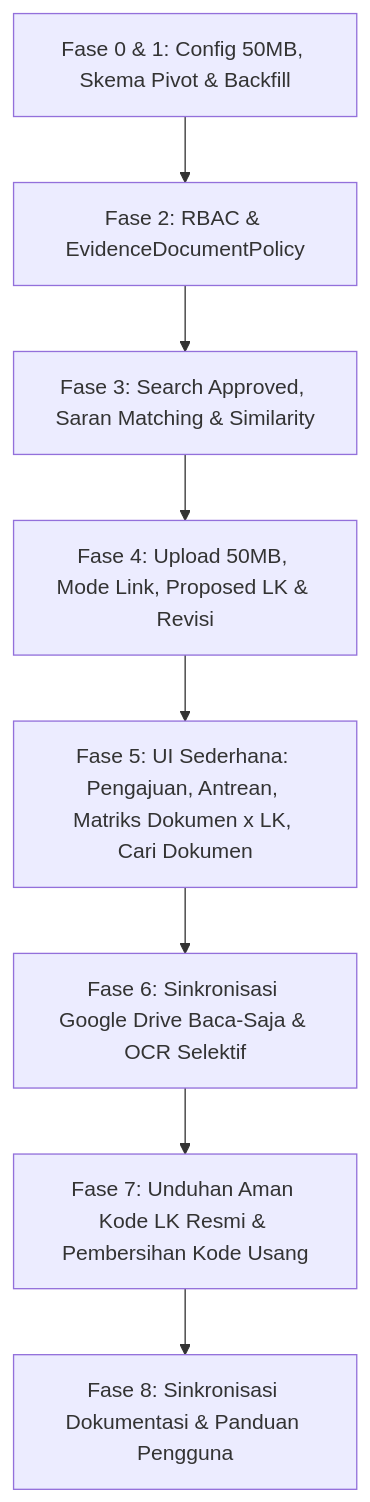
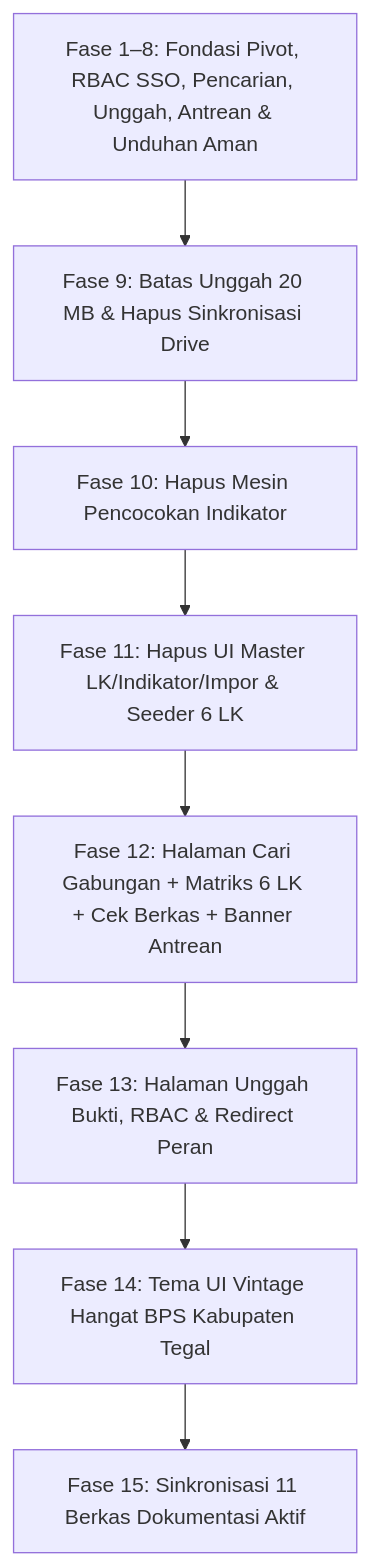
The diagram in Md/TASKS.md (Raaamaa/websinkronisasi), drawn with Mermaid before and after one commit. The commit also changed other lines of this file and 10 other files, not shown here.

Commit message:
docs(fase-15): sync all 11 active docs with final Perpustakaan Bukti Dukung architecture

````diff
--- a/Md/TASKS.md
+++ b/Md/TASKS.md
@@ -18,10 +18,10 @@
 ```mermaid
 graph TD
-    P0[Fase 0 & 1: Config 50MB, Skema Pivot & Backfill] --> P2[Fase 2: RBAC & EvidenceDocumentPolicy]
-    P2 --> P3[Fase 3: Search Approved, Saran Matching & Similarity]
-    P3 --> P4[Fase 4: Upload 50MB, Mode Link, Proposed LK & Revisi]
-    P4 --> P5[Fase 5: UI Sederhana: Pengajuan, Antrean, Matriks Dokumen x LK, Cari Dokumen]
-    P5 --> P6[Fase 6: Sinkronisasi Google Drive Baca-Saja & OCR Selektif]
-    P6 --> P7[Fase 7: Unduhan Aman Kode LK Resmi & Pembersihan Kode Usang]
-    P7 --> P8[Fase 8: Sinkronisasi Dokumentasi & Panduan Pengguna]
+    P1[Fase 1–8: Fondasi Pivot, RBAC SSO, Pencarian, Unggah, Antrean & Unduhan Aman] --> P9[Fase 9: Batas Unggah 20 MB & Hapus Sinkronisasi Drive]
+    P9 --> P10[Fase 10: Hapus Mesin Pencocokan Indikator]
+    P10 --> P11[Fase 11: Hapus UI Master LK/Indikator/Impor & Seeder 6 LK]
+    P11 --> P12[Fase 12: Halaman Cari Gabungan + Matriks 6 LK + Cek Berkas + Banner Antrean]
+    P12 --> P13[Fase 13: Halaman Unggah Bukti, RBAC & Redirect Peran]
+    P13 --> P14[Fase 14: Tema UI Vintage Hangat BPS Kabupaten Tegal]
+    P14 --> P15[Fase 15: Sinkronisasi 11 Berkas Dokumentasi Aktif]
 ```
````
